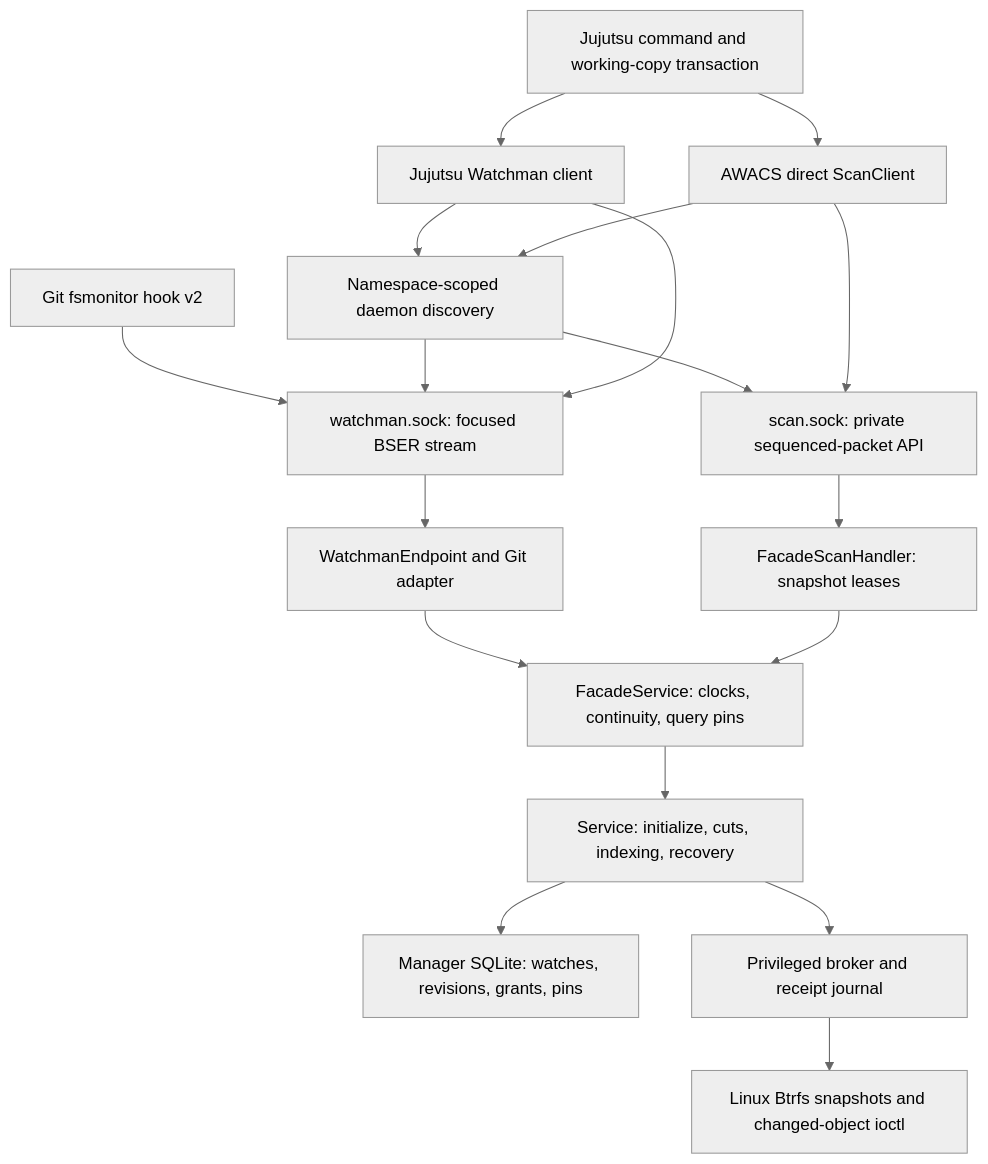
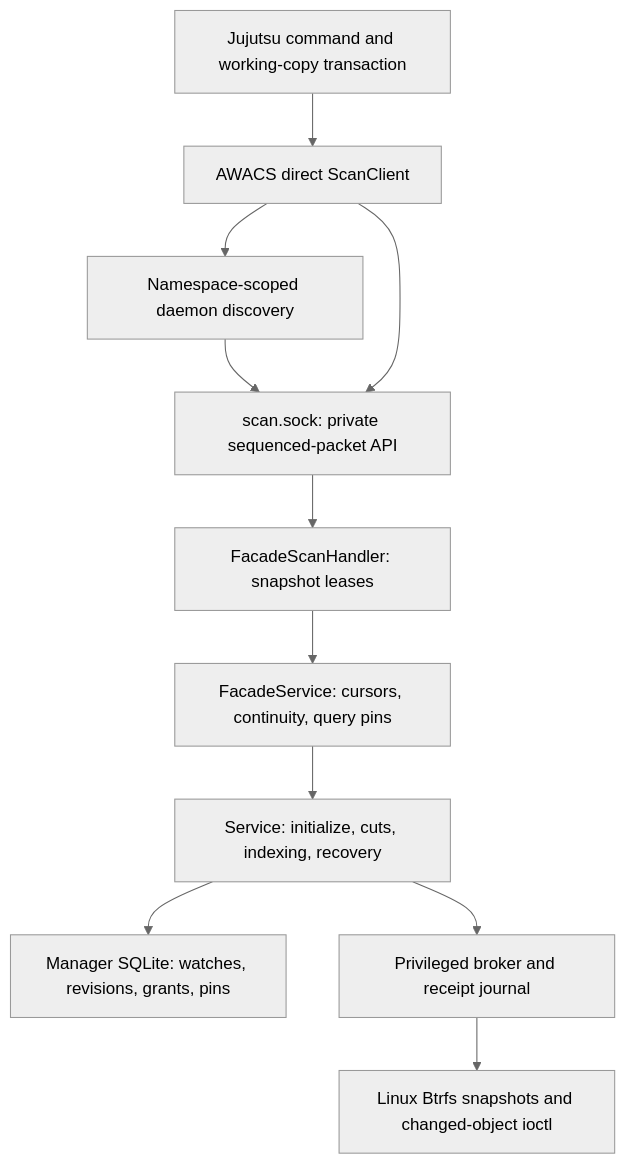
One commit to adamh-oai/jj changed the diagram in btrfs-awacs/SPEC.md. Above: the diagram before and after it, drawn with Mermaid (neutral theme). The commit also changed other lines of this file and 49 other files, not shown here.

Commit message:
btrfs-awacs: remove Watchman support

````diff
--- a/btrfs-awacs/SPEC.md
+++ b/btrfs-awacs/SPEC.md
@@ -52,35 +42,24 @@
 ```mermaid
 flowchart TD
     JJ["Jujutsu command and working-copy transaction"]
-    GIT["Git fsmonitor hook v2"]
-    WMCLIENT["Jujutsu Watchman client"]
-    SCANCLIENT["AWACS direct ScanClient"]
+    CLIENT["AWACS direct ScanClient"]
     DISCOVERY["Namespace-scoped daemon discovery"]
-    WATCHSOCK["watchman.sock: focused BSER stream"]
-    SCANSOCK["scan.sock: private sequenced-packet API"]
-    ENDPOINT["WatchmanEndpoint and Git adapter"]
+    SOCKET["scan.sock: private sequenced-packet API"]
     SESSION["FacadeScanHandler: snapshot leases"]
-    FACADE["FacadeService: clocks, continuity, query pins"]
+    FACADE["FacadeService: cursors, continuity, query pins"]
     SERVICE["Service: initialize, cuts, indexing, recovery"]
     STORE["Manager SQLite: watches, revisions, grants, pins"]
     BROKER["Privileged broker and receipt journal"]
     KERNEL["Linux Btrfs snapshots and changed-object ioctl"]
 
-    JJ --> WMCLIENT
-    JJ --> SCANCLIENT
-    WMCLIENT --> DISCOVERY
-    SCANCLIENT --> DISCOVERY
-    GIT --> WATCHSOCK
-    DISCOVERY --> WATCHSOCK
-    DISCOVERY --> SCANSOCK
-    WMCLIENT --> WATCHSOCK
-    SCANCLIENT --> SCANSOCK
-    WATCHSOCK --> ENDPOINT
-    SCANSOCK --> SESSION
-    ENDPOINT --> FACADE
+    JJ --> CLIENT
+    CLIENT --> DISCOVERY
+    DISCOVERY --> SOCKET
+    CLIENT --> SOCKET
+    SOCKET --> SESSION
     SESSION --> FACADE
     FACADE --> SERVICE
     SERVICE --> STORE
     SERVICE --> BROKER
     BROKER --> KERNEL
 ```
````
